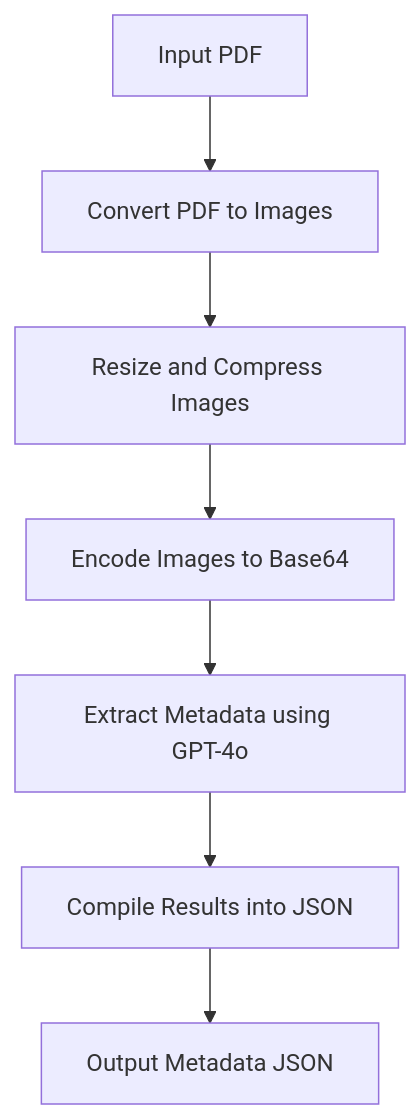
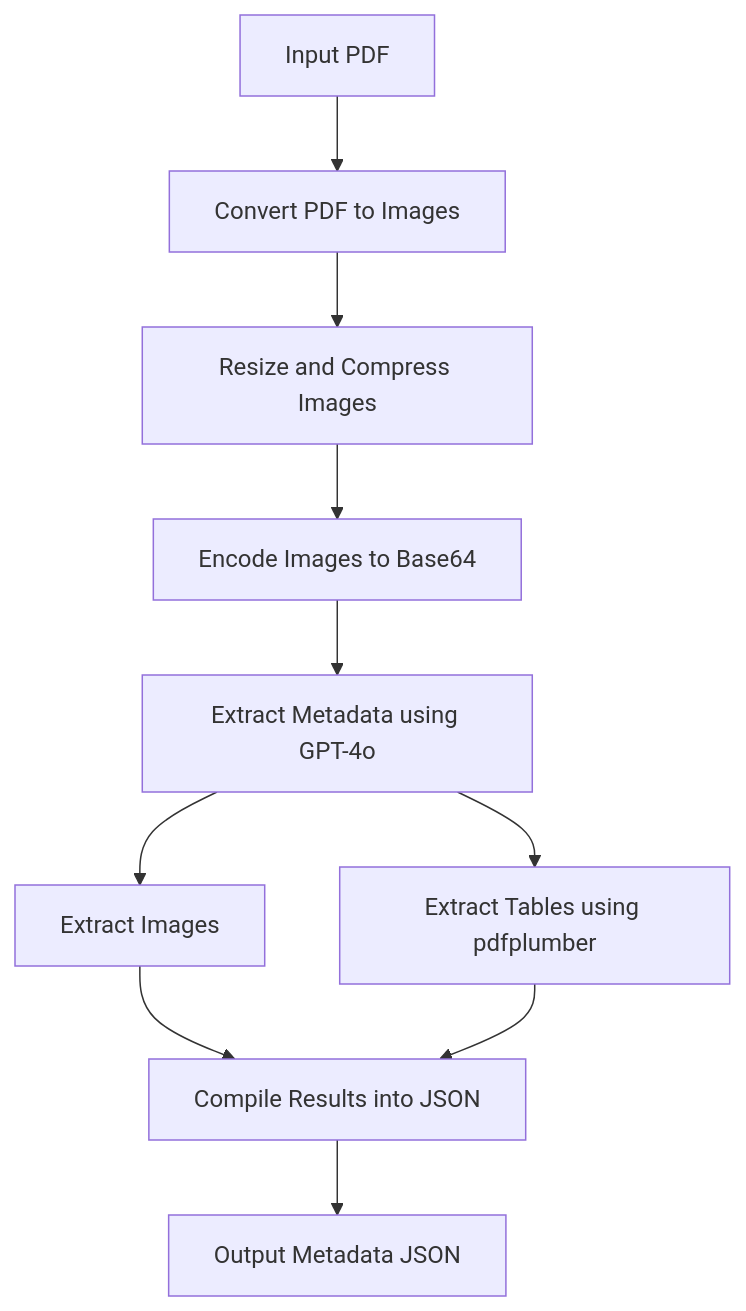
One commit to crbazevedo/gpt_vision_tutorial changed the diagram in README.md. Above: the diagram before and after it, drawn with Mermaid. The commit also changed other lines of this file, not shown here.

````diff
--- a/README.md
+++ b/README.md
@@ -37,9 +40,12 @@
 ```mermaid
 graph TD;
     A[Input PDF] --> B[Convert PDF to Images]
     B --> C[Resize and Compress Images]
     C --> D[Encode Images to Base64]
     D --> E[Extract Metadata using GPT-4o]
-    E --> F[Compile Results into JSON]
-    F --> G[Output Metadata JSON]
+    E --> F1[Extract Images]
+    E --> F2[Extract Tables using pdfplumber]
+    F1 --> G[Compile Results into JSON]
+    F2 --> G[Compile Results into JSON]
+    G --> H[Output Metadata JSON]
 ```
````
